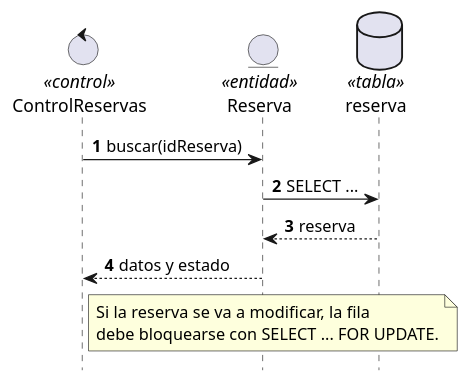
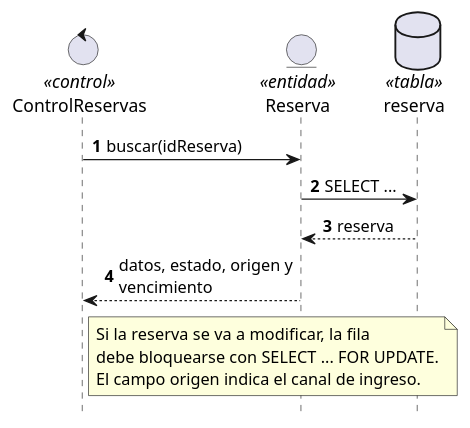
Before and after one commit to fervflow/sis-inf3-proyecto-formativo: the diagram in diagramas/fuentes/uml/secuencia-comunes/comun-reserva.puml, drawn with PlantUML. The commit also changed 32 other files, not shown here.

Commit message:
refactor: diagramas de secuencia, HU orientado a turistas agregado

```diff
--- a/diagramas/fuentes/uml/secuencia-comunes/comun-reserva.puml
+++ b/diagramas/fuentes/uml/secuencia-comunes/comun-reserva.puml
@@ -1,20 +1,21 @@
 @startuml
 ' Común · Cargar reserva y estado
 hide footbox
 autonumber
 skinparam maxMessageSize 150
 
 control "ControlReservas" as CTRL <<control>>
 entity "Reserva" as E_RESERVA <<entidad>>
 database "reserva" as T_RESERVA <<tabla>>
 
 CTRL -> E_RESERVA : buscar(idReserva)
 E_RESERVA -> T_RESERVA : SELECT ...
 T_RESERVA --> E_RESERVA : reserva
-E_RESERVA --> CTRL : datos y estado
+E_RESERVA --> CTRL : datos, estado, origen y vencimiento
 
 note right of CTRL
     Si la reserva se va a modificar, la fila
     debe bloquearse con SELECT ... FOR UPDATE.
+    El campo origen indica el canal de ingreso.
 end note
 @enduml
```
